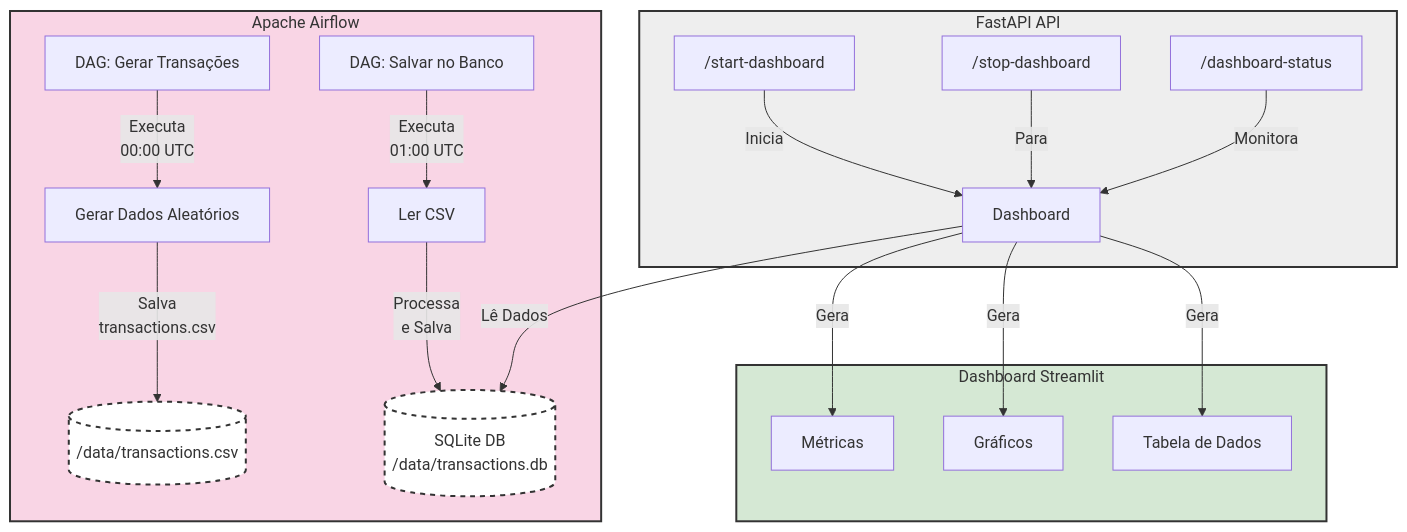
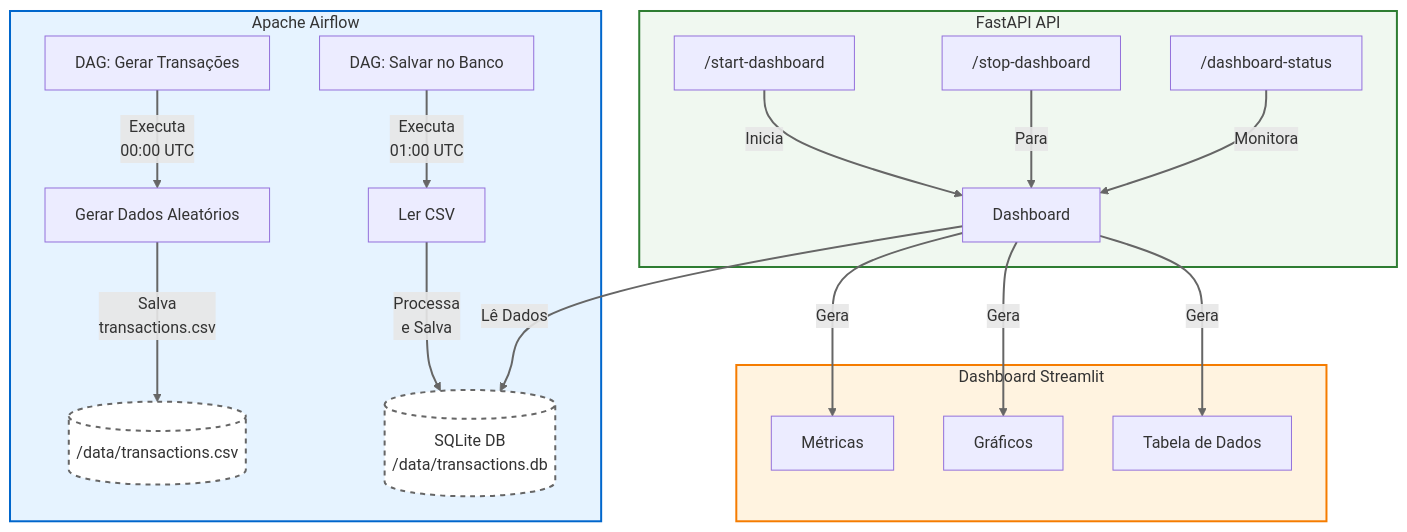
Before and after one commit to hgamaf/learn_or_skip_airflow: the diagram in README.md, drawn with Mermaid. The commit also changed 2 other files, not shown here.

Commit message:
ätualizacao da docs

````diff
--- a/README.md
+++ b/README.md
@@ -15,29 +15,31 @@
 ```mermaid
 graph TB
     subgraph Airflow ["Apache Airflow"]
         A[DAG: Gerar Transações] -->|"Executa<br/>00:00 UTC"| B[Gerar Dados Aleatórios]
         B -->|"Salva<br/>transactions.csv"| C[("/data/transactions.csv")]
         D[DAG: Salvar no Banco] -->|"Executa<br/>01:00 UTC"| E[Ler CSV]
         E -->|"Processa<br/>e Salva"| F[("SQLite DB<br/>/data/transactions.db")]
     end
 
     subgraph API ["FastAPI API"]
         H["/start-dashboard"] -->|"Inicia"| G
         I["/stop-dashboard"] -->|"Para"| G
         J["/dashboard-status"] -->|"Monitora"| G
     end
 
     subgraph Dashboard ["Dashboard Streamlit"]
         G[Dashboard] -->|"Lê Dados"| F
         G -->|"Gera"| K[Métricas]
         G -->|"Gera"| L[Gráficos]
         G -->|"Gera"| M[Tabela de Dados]
     end
 
-    style Airflow fill:#f9d5e5,stroke:#333,stroke-width:2px
-    style API fill:#eeeeee,stroke:#333,stroke-width:2px
-    style Dashboard fill:#d5e8d4,stroke:#333,stroke-width:2px
+    style Airflow fill:#e6f3ff,stroke:#0066cc,stroke-width:2px
+    style API fill:#f0f8f0,stroke:#2e7d32,stroke-width:2px
+    style Dashboard fill:#fff3e0,stroke:#f57c00,stroke-width:2px
     
-    classDef storage fill:#fff,stroke:#333,stroke-width:2px,stroke-dasharray: 5 5
+    classDef storage fill:#ffffff,stroke:#666666,stroke-width:2px,stroke-dasharray: 5 5
     class C,F storage
+
+    linkStyle default stroke:#666666,stroke-width:2px
 ```
````
